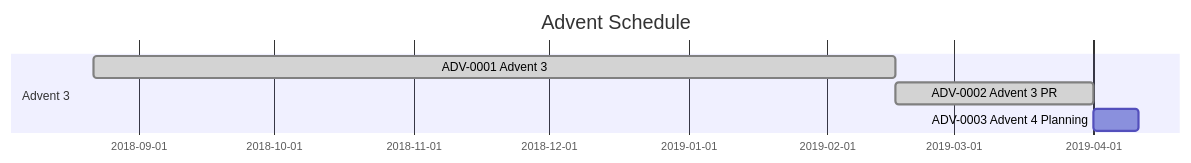
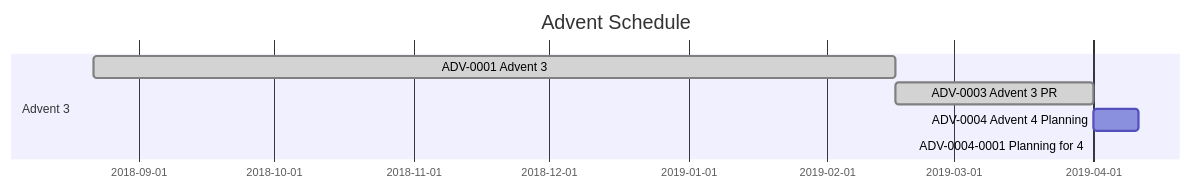
Before and after one commit to VivaRado/Advent: the second of 2 diagrams in README.md, drawn with Mermaid. The commit also changed other lines of this file and 2 other files, not shown here.

Commit message:
ADV-0004-0001

````diff
--- a/README.md
+++ b/README.md
@@ -797,9 +797,10 @@
 ```mermaid
 gantt
         dateFormat  YYYY-MM-DD
         title Advent Schedule
         section Advent 3
         ADV-0001 Advent 3:         done,des1, 2018-08-22,2019-02-16
-        ADV-0002 Advent 3 PR:         done,des2, 2019-02-16, 2019-04-01
-        ADV-0003 Advent 4 Planning:         des3, after des2, 10d
+        ADV-0003 Advent 3 PR:         done,des2, 2019-02-16, 2019-04-01
+        ADV-0004 Advent 4 Planning:         des3, after des2, 10d
+        ADV-0004-0001 Planning for 4:         done, des3, 2019-03-31, 2h
 ```
````
